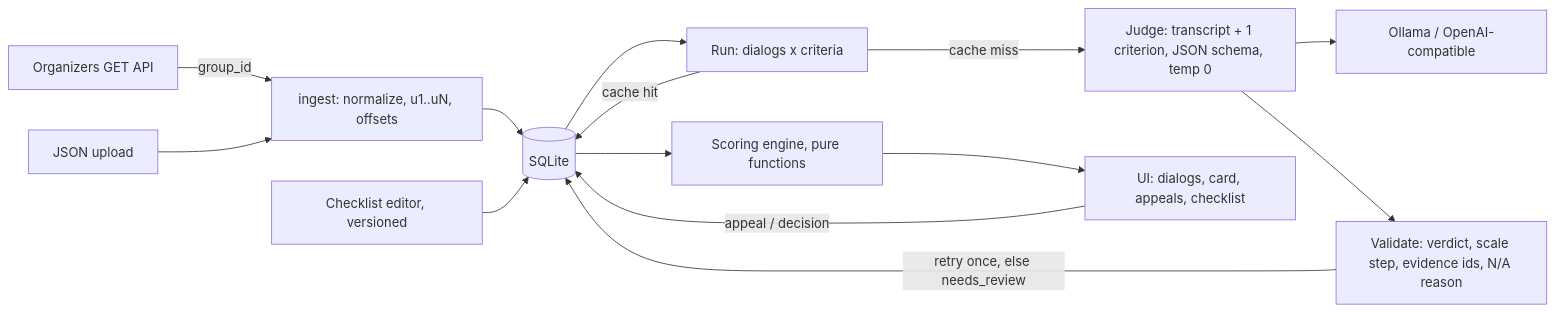
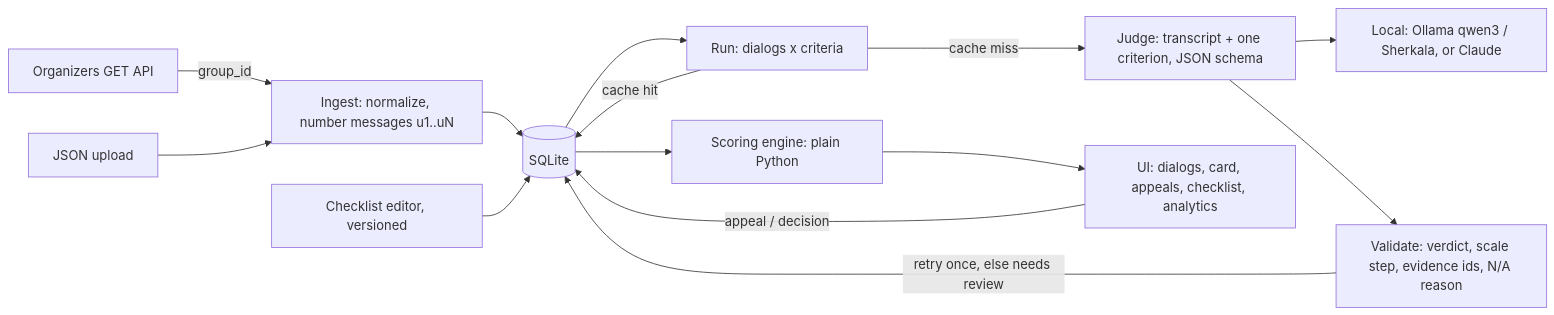
The diagram in README.md (yetolegen/datachallenge), drawn with Mermaid before and after one commit. The commit also changed other lines of this file, not shown here.

````diff
--- a/README.md
+++ b/README.md
@@ -119,16 +76,16 @@
 ```mermaid
 flowchart LR
-  API[Organizers GET API] -->|group_id| ING[ingest: normalize, u1..uN, offsets]
+  API[Organizers GET API] -->|group_id| ING[Ingest: normalize, number messages u1..uN]
   UP[JSON upload] --> ING
   ING --> DB[(SQLite)]
   CL[Checklist editor, versioned] --> DB
   DB --> RUN[Run: dialogs x criteria]
-  RUN -->|cache miss| J[Judge: transcript + 1 criterion, JSON schema, temp 0]
-  J --> LLM[Ollama / OpenAI-compatible]
+  RUN -->|cache miss| J[Judge: transcript + one criterion, JSON schema]
+  J --> LLM[Local: Ollama qwen3 / Sherkala, or Claude]
   J --> V[Validate: verdict, scale step, evidence ids, N/A reason]
-  V -->|retry once, else needs_review| DB
+  V -->|retry once, else needs review| DB
   RUN -->|cache hit| DB
-  DB --> S[Scoring engine, pure functions]
-  S --> UI[UI: dialogs, card, appeals, checklist]
+  DB --> S[Scoring engine: plain Python]
+  S --> UI[UI: dialogs, card, appeals, checklist, analytics]
   UI -->|appeal / decision| DB
 ```
````
